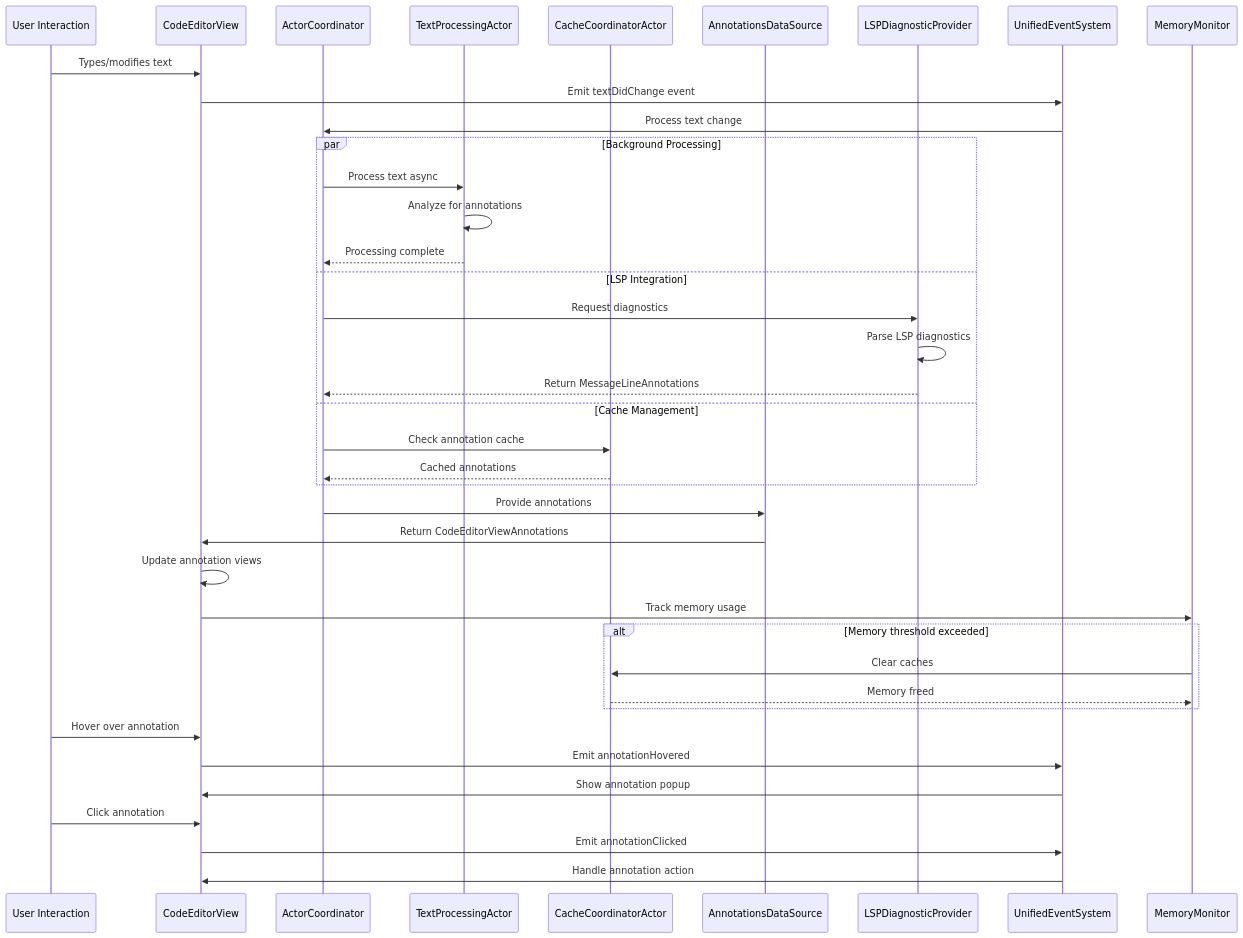
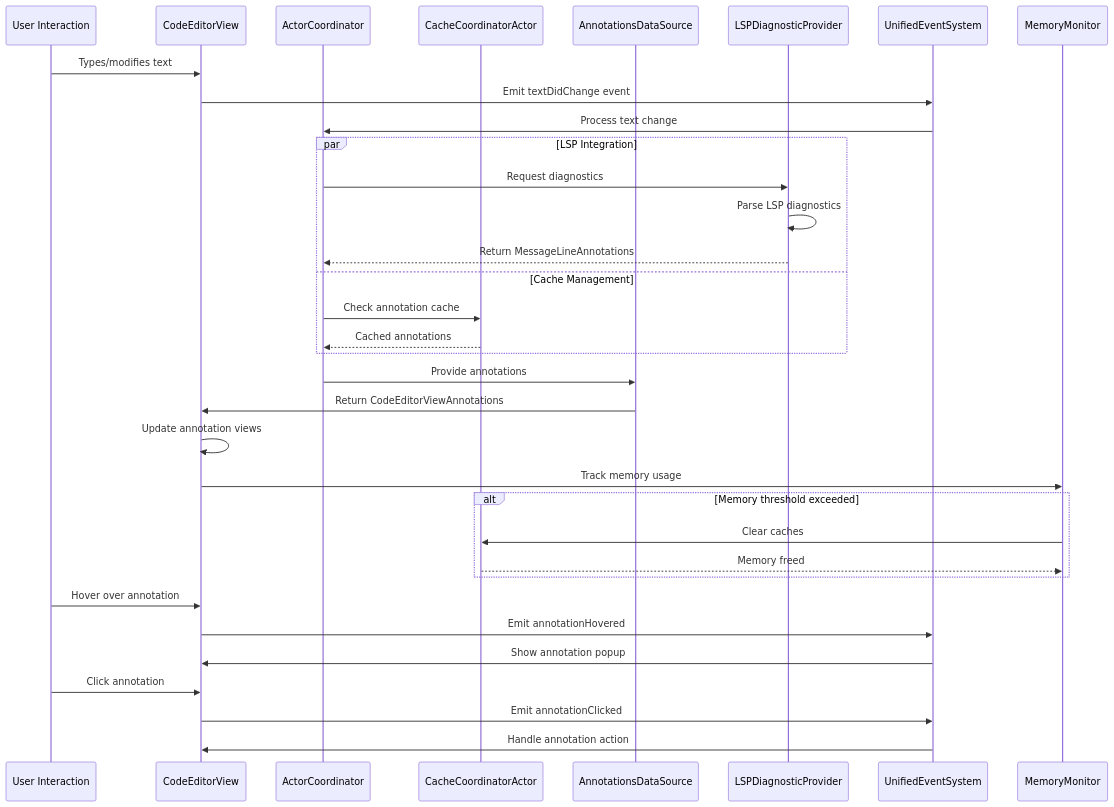
Before and after one commit to ajmcclary/CodeEditorKit: the second of 2 diagrams in docs/Diagrams/16-annotation-system-architecture.md, drawn with Mermaid. The commit also changed other lines of this file and 16 other files, not shown here.

Commit message:
refactor(view): remove placeholder text processing API

````diff
--- a/docs/Diagrams/16-annotation-system-architecture.md
+++ b/docs/Diagrams/16-annotation-system-architecture.md
@@ -391,47 +376,42 @@
 ```mermaid
 sequenceDiagram
     participant User as User Interaction
     participant Editor as CodeEditorView
     participant Coordinator as ActorCoordinator
-    participant TextActor as TextProcessingActor
     participant CacheActor as CacheCoordinatorActor
     participant DataSource as AnnotationsDataSource
     participant LSP as LSPDiagnosticProvider
     participant EventSystem as UnifiedEventSystem
     participant MemoryMonitor as MemoryMonitor
 
     User->>Editor: Types/modifies text
     Editor->>EventSystem: Emit textDidChange event
     EventSystem->>Coordinator: Process text change
     
-    par Background Processing
-        Coordinator->>TextActor: Process text async
-        TextActor->>TextActor: Analyze for annotations
-        TextActor-->>Coordinator: Processing complete
-    and LSP Integration
+    par LSP Integration
         Coordinator->>LSP: Request diagnostics
         LSP->>LSP: Parse LSP diagnostics
         LSP-->>Coordinator: Return MessageLineAnnotations
     and Cache Management
         Coordinator->>CacheActor: Check annotation cache
         CacheActor-->>Coordinator: Cached annotations
     end
     
     Coordinator->>DataSource: Provide annotations
     DataSource->>Editor: Return CodeEditorViewAnnotations
     Editor->>Editor: Update annotation views
     Editor->>MemoryMonitor: Track memory usage
     
     alt Memory threshold exceeded
         MemoryMonitor->>CacheActor: Clear caches
         CacheActor-->>MemoryMonitor: Memory freed
     end
     
     User->>Editor: Hover over annotation
     Editor->>EventSystem: Emit annotationHovered
     EventSystem->>Editor: Show annotation popup
     
     User->>Editor: Click annotation
     Editor->>EventSystem: Emit annotationClicked
     EventSystem->>Editor: Handle annotation action
 ```
````
